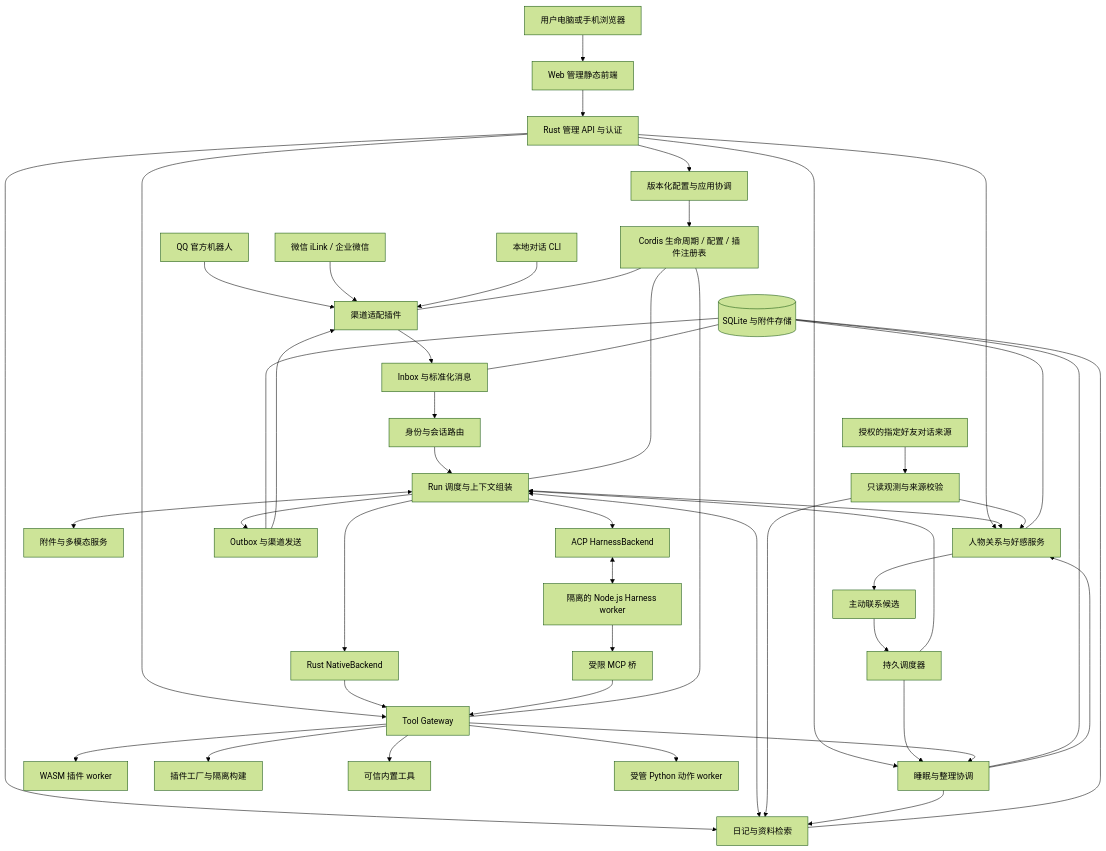
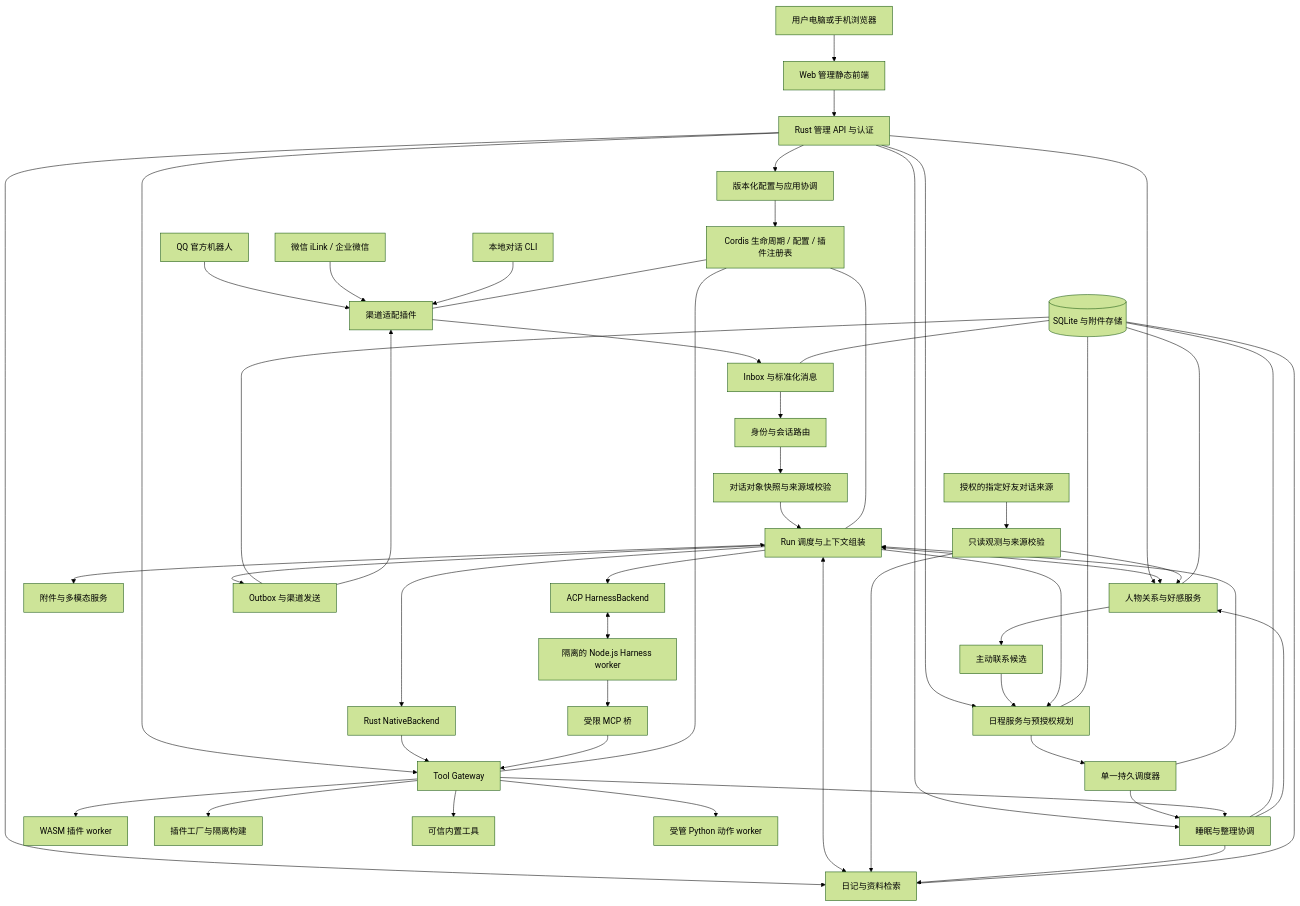
The first of 3 diagrams in docs/architecture.md (lakasli/Prometheus), drawn with Mermaid (forest theme) before and after one commit. The commit also changed other lines of this file, not shown here.

````diff
--- a/docs/architecture.md
+++ b/docs/architecture.md
@@ -84,50 +86,55 @@
 ```mermaid
 flowchart TB
     QQ[QQ 官方机器人] --> AD[渠道适配插件]
     WX[微信 iLink / 企业微信] --> AD
     CLI[本地对话 CLI] --> AD
     BROWSER[用户电脑或手机浏览器] --> WEB[Web 管理静态前端]
     WEB --> ADMIN[Rust 管理 API 与认证]
     ADMIN --> CONFIG[版本化配置与应用协调]
     CONFIG --> K
     ADMIN --> DIARY
     ADMIN --> REL
     ADMIN --> SLEEP
+    ADMIN --> PLAN
     ADMIN --> TOOL
     AD --> IN[Inbox 与标准化消息]
     IN --> ID[身份与会话路由]
-    ID --> ORCH[Run 调度与上下文组装]
+    ID --> CTX[对话对象快照与来源域校验]
+    CTX --> ORCH[Run 调度与上下文组装]
     ORCH <--> DIARY[日记与资料检索]
     ORCH <--> REL[人物关系与好感服务]
     FRIEND[授权的指定好友对话来源] --> OBS[只读观测与来源校验]
     OBS --> DIARY
     OBS --> REL
-    SCHED[持久调度器] --> SLEEP[睡眠与整理协调]
+    PLAN[日程服务与预授权规划] --> SCHED[单一持久调度器]
+    SCHED --> SLEEP[睡眠与整理协调]
     SLEEP --> DIARY
     SLEEP --> REL
     REL --> INTENT[主动联系候选]
-    INTENT --> SCHED
+    INTENT --> PLAN
+    ORCH --> PLAN
     SCHED --> ORCH
     ORCH <--> MEDIA[附件与多模态服务]
     ORCH --> NB[Rust NativeBackend]
     ORCH --> HB[ACP HarnessBackend]
     HB <--> H[隔离的 Node.js Harness worker]
     NB --> TOOL[Tool Gateway]
     H --> MCP[受限 MCP 桥]
     MCP --> TOOL
     TOOL --> WASM[WASM 插件 worker]
     TOOL --> FACTORY[插件工厂与隔离构建]
     TOOL --> BUILTIN[可信内置工具]
     TOOL --> PY[受管 Python 动作 worker]
     TOOL --> SLEEP
     ORCH --> OUT[Outbox 与渠道发送]
     OUT --> AD
     DB[(SQLite 与附件存储)] --- IN
     DB --- DIARY
     DB --- REL
     DB --- SLEEP
+    DB --- PLAN
     DB --- OUT
     K[Cordis 生命周期 / 配置 / 插件注册表] --- ORCH
     K --- AD
     K --- TOOL
 ```
````
